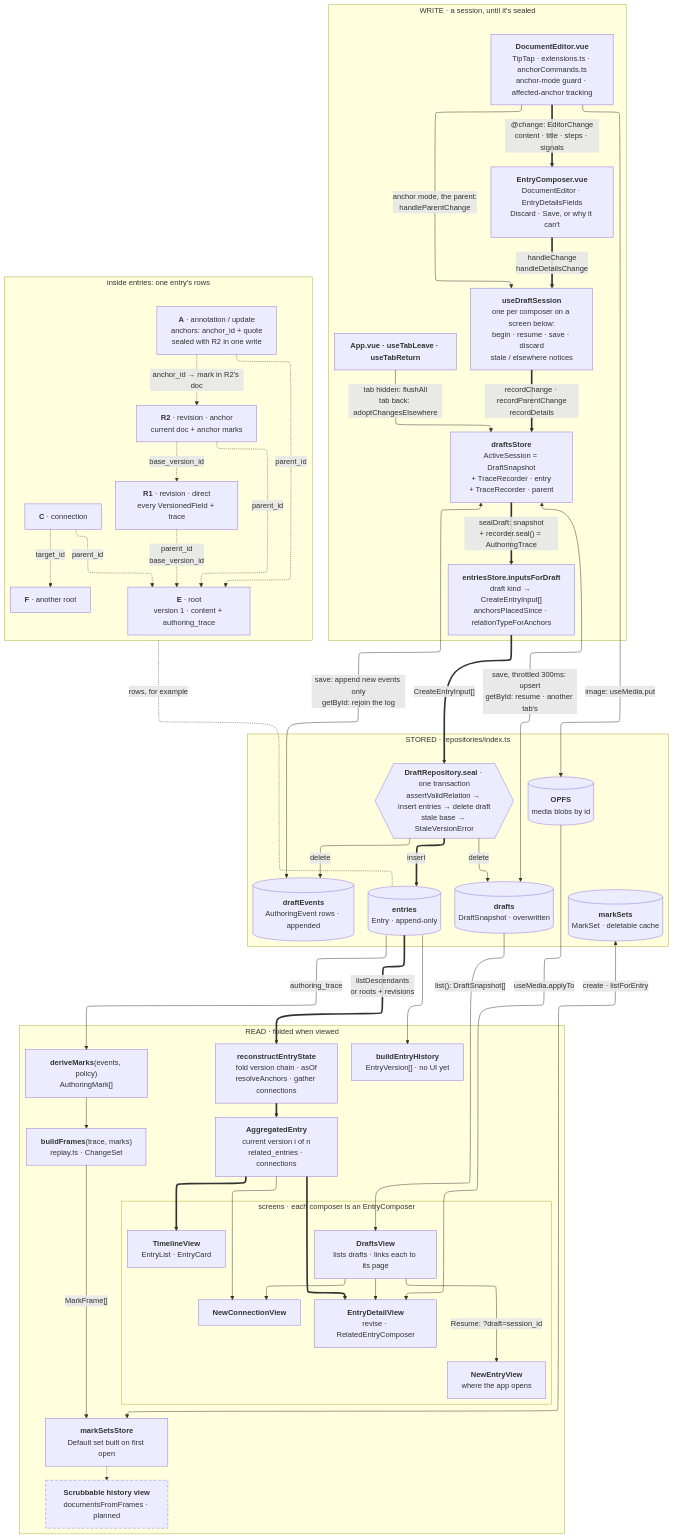
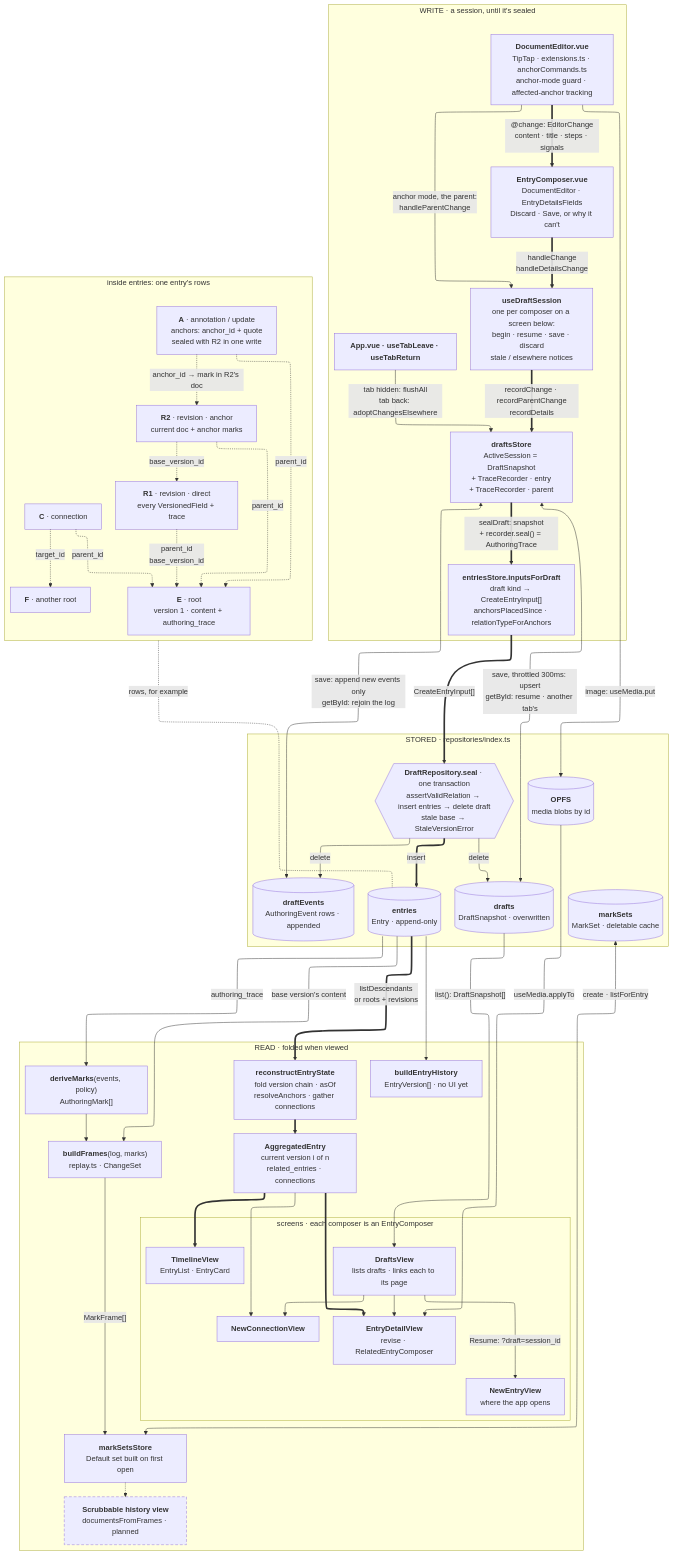
One commit to JasonFairchild/Chronicle changed the diagram in ARCHITECTURE.md. Above: the diagram before and after it, drawn with Mermaid. The commit also changed 31 other files, not shown here.

First line of the commit message:
Read a draft's base from its version row

```diff
--- a/ARCHITECTURE.md
+++ b/ARCHITECTURE.md
@@ -55,7 +55,7 @@
     AGG["<b>AggregatedEntry</b><br/>current version i of n<br/>related_entries · connections"]
     HIST["<b>buildEntryHistory</b><br/>EntryVersion[] · no UI yet"]
     DM["<b>deriveMarks</b>(events, policy)<br/>AuthoringMark[]"]
-    BF["<b>buildFrames</b>(trace, marks)<br/>replay.ts · ChangeSet"]
+    BF["<b>buildFrames</b>(log, marks)<br/>replay.ts · ChangeSet"]
     MSS["<b>markSetsStore</b><br/>Default set built on first open"]
     SCRUB["<b>Scrubbable history view</b><br/>documentsFromFrames · planned"]
 
@@ -107,6 +107,7 @@
   DV2 --> NCV
   OPFS -->|"useMedia.applyTo"| DV
   T_ENTRIES -->|"authoring_trace"| DM
+  T_ENTRIES -->|"base version's content"| BF
   DM --> BF
   BF -->|"MarkFrame[]"| MSS
   T_MARKSETS <-->|"create · listForEntry"| MSS
```
